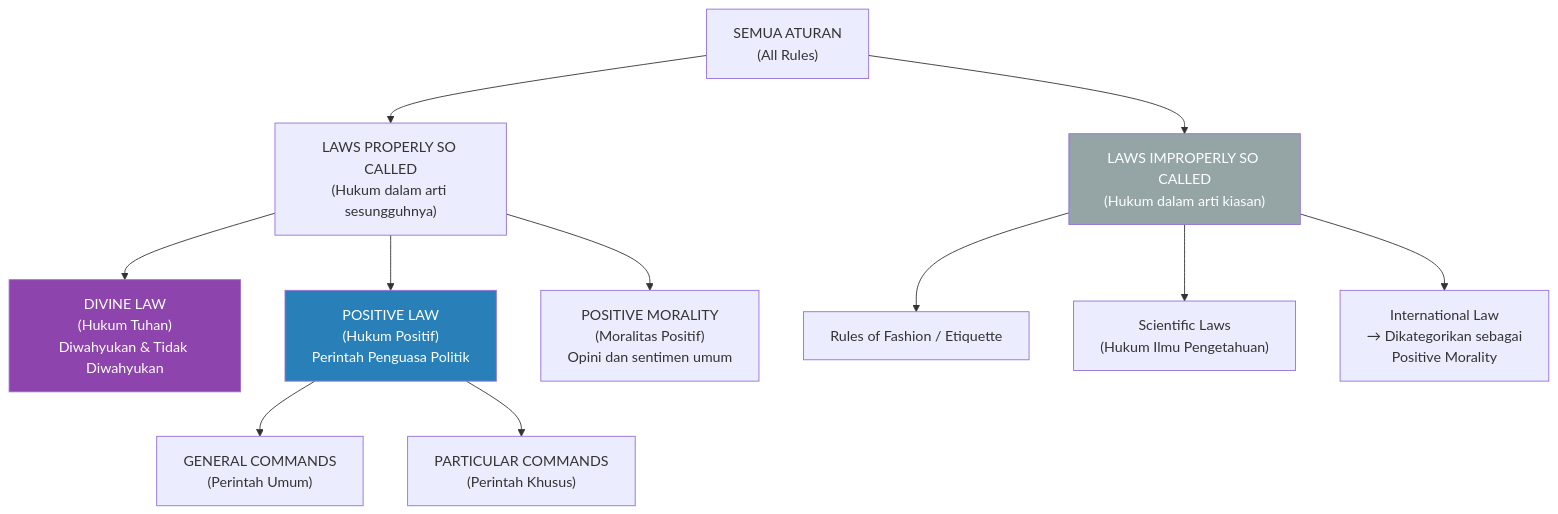
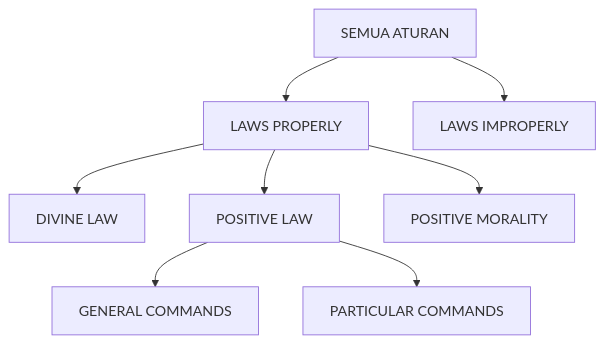
Before and after one commit to hifdzimaulana/beate-vivere: the eighth of 15 diagrams in content/Lectures/filsafat-hukum-midterm.md, drawn with Mermaid. The commit also changed other lines of this file and 1 other file, not shown here.

Commit message:
Fix mermaid diagrams: replace \n with <br/> and remove emojis

````diff
--- a/content/Lectures/filsafat-hukum-midterm.md
+++ b/content/Lectures/filsafat-hukum-midterm.md
@@ -667,20 +659,12 @@
 ```mermaid
 graph TD
-    A["SEMUA ATURAN\n(All Rules)"] --> B["LAWS PROPERLY SO CALLED\n(Hukum dalam arti sesungguhnya)"]
-    A --> C["LAWS IMPROPERLY SO CALLED\n(Hukum dalam arti kiasan)"]
-    
-    B --> D["DIVINE LAW\n(Hukum Tuhan)\nDiwahyukan & Tidak Diwahyukan"]
-    B --> E["POSITIVE LAW\n(Hukum Positif)\nPerintah Penguasa Politik"]
-    B --> F["POSITIVE MORALITY\n(Moralitas Positif)\nOpini dan sentimen umum"]
-    
-    E --> G["GENERAL COMMANDS\n(Perintah Umum)"]
-    E --> H["PARTICULAR COMMANDS\n(Perintah Khusus)"]
-    
-    C --> I["Rules of Fashion / Etiquette"]
-    C --> J["Scientific Laws\n(Hukum Ilmu Pengetahuan)"]
-    C --> K["International Law\n→ Dikategorikan sebagai\nPositive Morality"]
+    A["SEMUA ATURAN"] --> B["LAWS PROPERLY"]
+    A --> C["LAWS IMPROPERLY"]
 
-    style E fill:#2980b9,color:#fff
-    style D fill:#8e44ad,color:#fff
-    style C fill:#95a5a6,color:#fff
+    B --> D["DIVINE LAW"]
+    B --> E["POSITIVE LAW"]
+    B --> F["POSITIVE MORALITY"]
+
+    E --> G["GENERAL COMMANDS"]
+    E --> H["PARTICULAR COMMANDS"]
 ```
````
